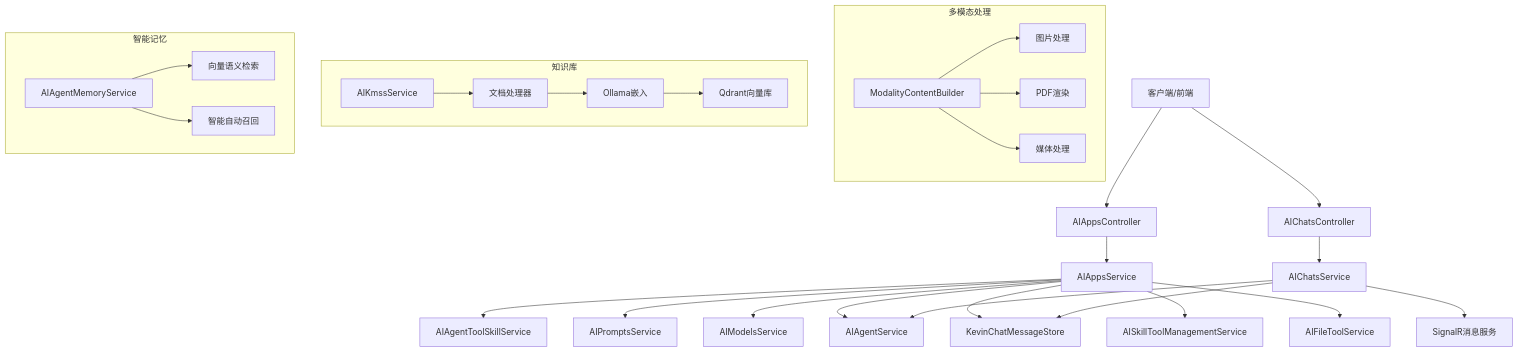
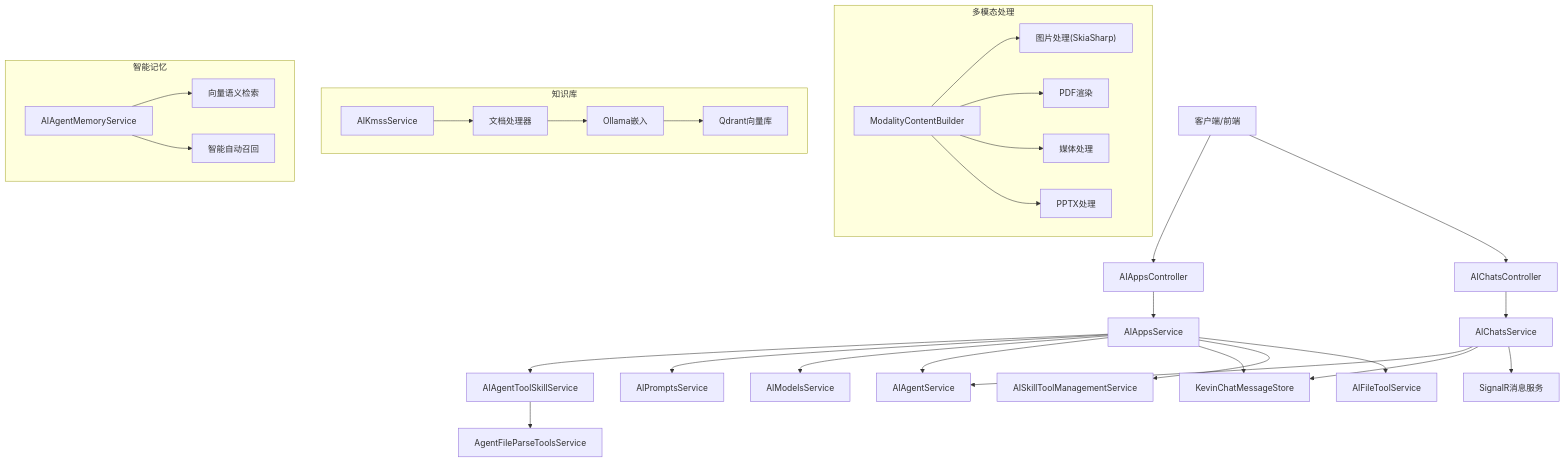
The first of 17 diagrams in .qoder/repowiki/zh/content/核心模块/AI智能助手/AI智能助手.md (junkai-li/NetCoreKevin), drawn with Mermaid before and after one commit. The commit also changed other lines of this file and 45 other files, not shown here.

````diff
--- a/.qoder/repowiki/zh/content/核心模块/AI智能助手/AI智能助手.md
+++ b/.qoder/repowiki/zh/content/核心模块/AI智能助手/AI智能助手.md
@@ -63,31 +67,33 @@
 ```mermaid
 graph TB
 Client["客户端/前端"] --> CtrApps["AIAppsController"]
 Client --> CtrChats["AIChatsController"]
 CtrApps --> SvcApps["AIAppsService"]
 CtrChats --> SvcChats["AIChatsService"]
 SvcApps --> SvcTools["AIAgentToolSkillService"]
 SvcApps --> SvcPrompts["AIPromptsService"]
 SvcApps --> SvcModels["AIModelsService"]
 SvcApps --> AgentSvc["AIAgentService"]
 SvcChats --> AgentSvc
 SvcApps --> Store["KevinChatMessageStore"]
 SvcChats --> Store
 SvcApps --> SkillMgr["AISkillToolManagementService"]
 SvcChats --> SignalR["SignalR消息服务"]
 SvcApps --> FileSvc["AIFileToolService"]
+SvcTools --> RemoteParse["AgentFileParseToolsService"]
 subgraph "多模态处理"
-Modality["ModalityContentBuilder"] --> ImageProc["图片处理"]
+Modality["ModalityContentBuilder"] --> ImageProc["图片处理(SkiaSharp)"]
 Modality --> PDFProc["PDF渲染"]
 Modality --> MediaProc["媒体处理"]
+Modality --> PPTProc["PPTX处理"]
 end
 subgraph "知识库"
 SvcKms["AIKmssService"] --> DocProc["文档处理器"]
 DocProc --> Embed["Ollama嵌入"]
 Embed --> Qdrant["Qdrant向量库"]
 end
 subgraph "智能记忆"
 MemorySvc["AIAgentMemoryService"] --> VectorSearch["向量语义检索"]
 MemorySvc --> AutoRecall["智能自动召回"]
 end
 ```
````
